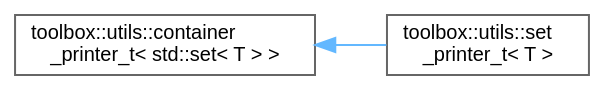
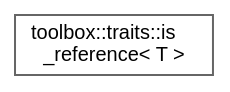
Before and after one commit to nerdneilsfield/cpp-toolbox: the diagram in inherit_graph_96.dot, drawn with Graphviz. The commit also changed 527 other files, not shown here.

```diff
--- a/inherit_graph_96.dot
+++ b/inherit_graph_96.dot
@@ -1,11 +1,9 @@
 digraph "Graphical Class Hierarchy"
 {
  // LATEX_PDF_SIZE
   bgcolor="transparent";
   edge [fontname=Helvetica,fontsize=10,labelfontname=Helvetica,labelfontsize=10];
   node [fontname=Helvetica,fontsize=10,shape=box,height=0.2,width=0.4];
   rankdir="LR";
-  Node0 [id="Node000000",label="toolbox::utils::container\l_printer_t\< std::set\< T \> \>",height=0.2,width=0.4,color="grey40", fillcolor="white", style="filled",URL="$classtoolbox_1_1utils_1_1container__printer__t.html",tooltip=" "];
-  Node0 -> Node1 [id="edge62_Node000000_Node000001",dir="back",color="steelblue1",style="solid",tooltip=" "];
-  Node1 [id="Node000001",label="toolbox::utils::set\l_printer_t\< T \>",height=0.2,width=0.4,color="grey40", fillcolor="white", style="filled",URL="$classtoolbox_1_1utils_1_1set__printer__t.html",tooltip="Set 打印器/Set printer."];
+  Node0 [id="Node000000",label="toolbox::traits::is\l_reference\< T \>",height=0.2,width=0.4,color="grey40", fillcolor="white", style="filled",URL="$structtoolbox_1_1traits_1_1is__reference.html",tooltip="检查类型是否为引用/Check if type is a reference"];
 }
```
